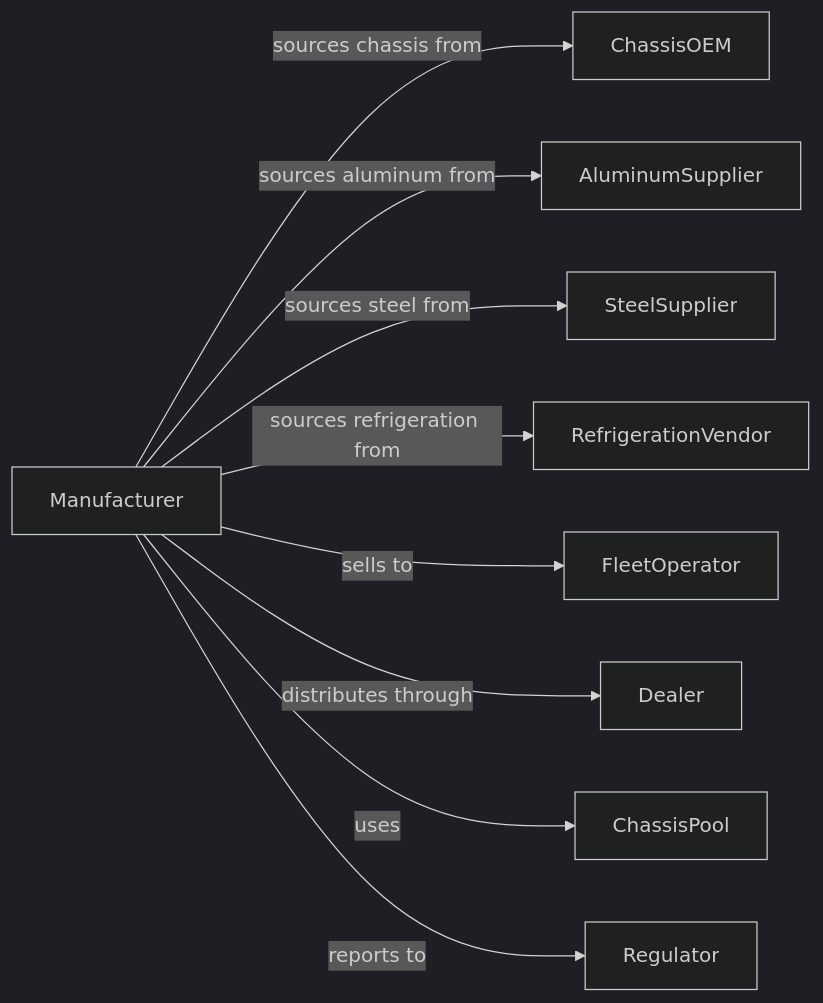
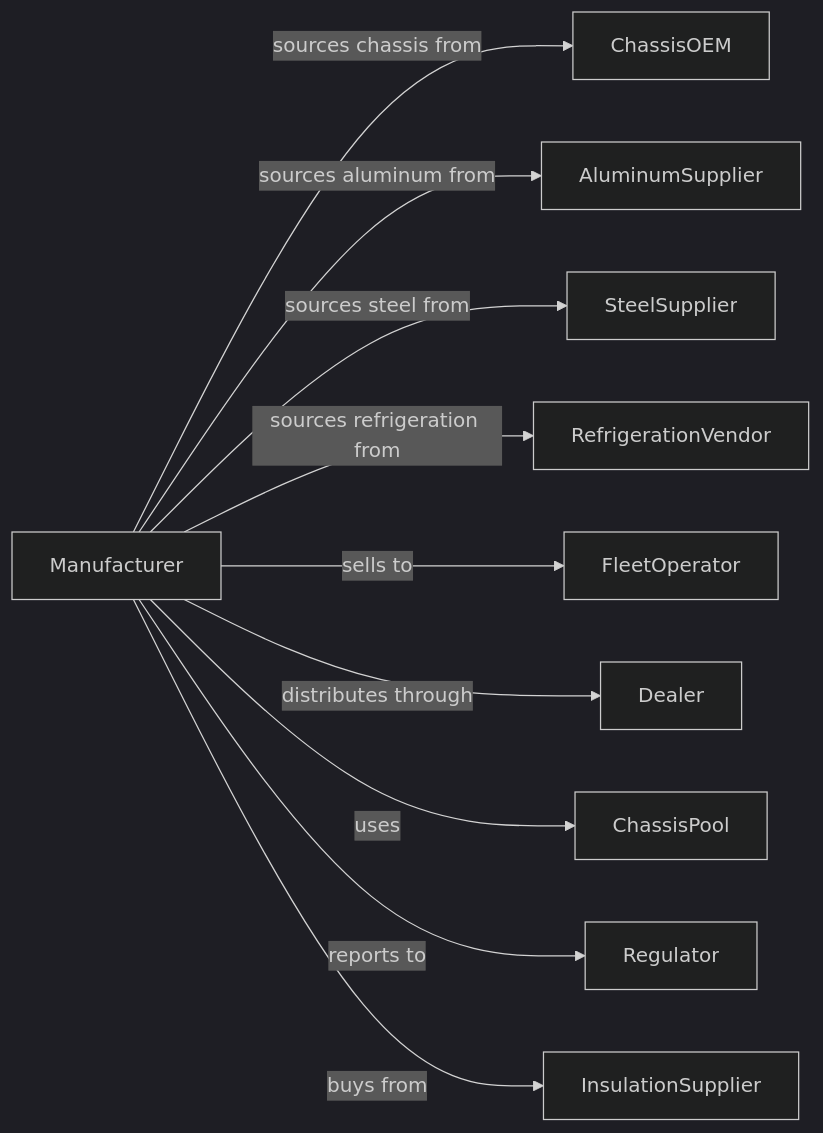
Before and after one commit to dot-org-ai/industries.org.ai: the second of 2 diagrams in Manufacturing/TransportationEquipmentManufacturing/MotorVehicleBodyAndTrailerManufacturing/MotorVehicleBodyManufacturing.mdx, drawn with Mermaid (dark theme). The commit also changed 588 other files, not shown here.

````diff
--- a/Manufacturing/TransportationEquipmentManufacturing/MotorVehicleBodyAndTrailerManufacturing/MotorVehicleBodyManufacturing.mdx
+++ b/Manufacturing/TransportationEquipmentManufacturing/MotorVehicleBodyAndTrailerManufacturing/MotorVehicleBodyManufacturing.mdx
@@ -126,13 +126,14 @@
 ```mermaid
 graph LR
     M[Manufacturer]
 
     M -->|sources chassis from| ChassisOEM
     M -->|sources aluminum from| AluminumSupplier
     M -->|sources steel from| SteelSupplier
     M -->|sources refrigeration from| RefrigerationVendor
     M -->|sells to| FleetOperator
     M -->|distributes through| Dealer
     M -->|uses| ChassisPool
     M -->|reports to| Regulator
+    M -->|buys from| InsulationSupplier
 ```
````
